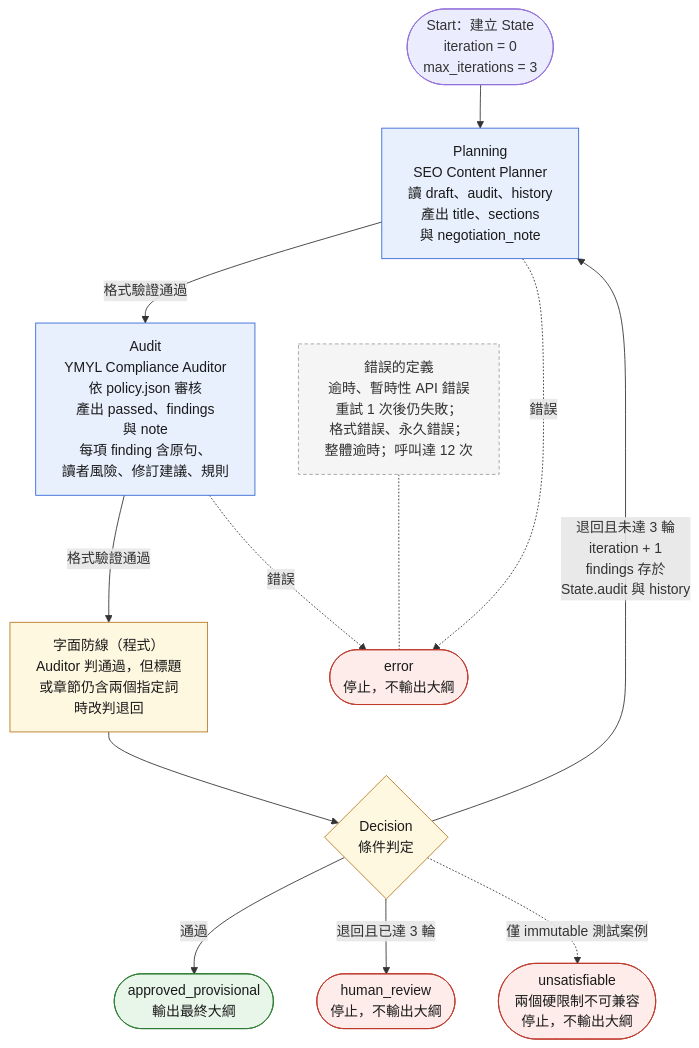
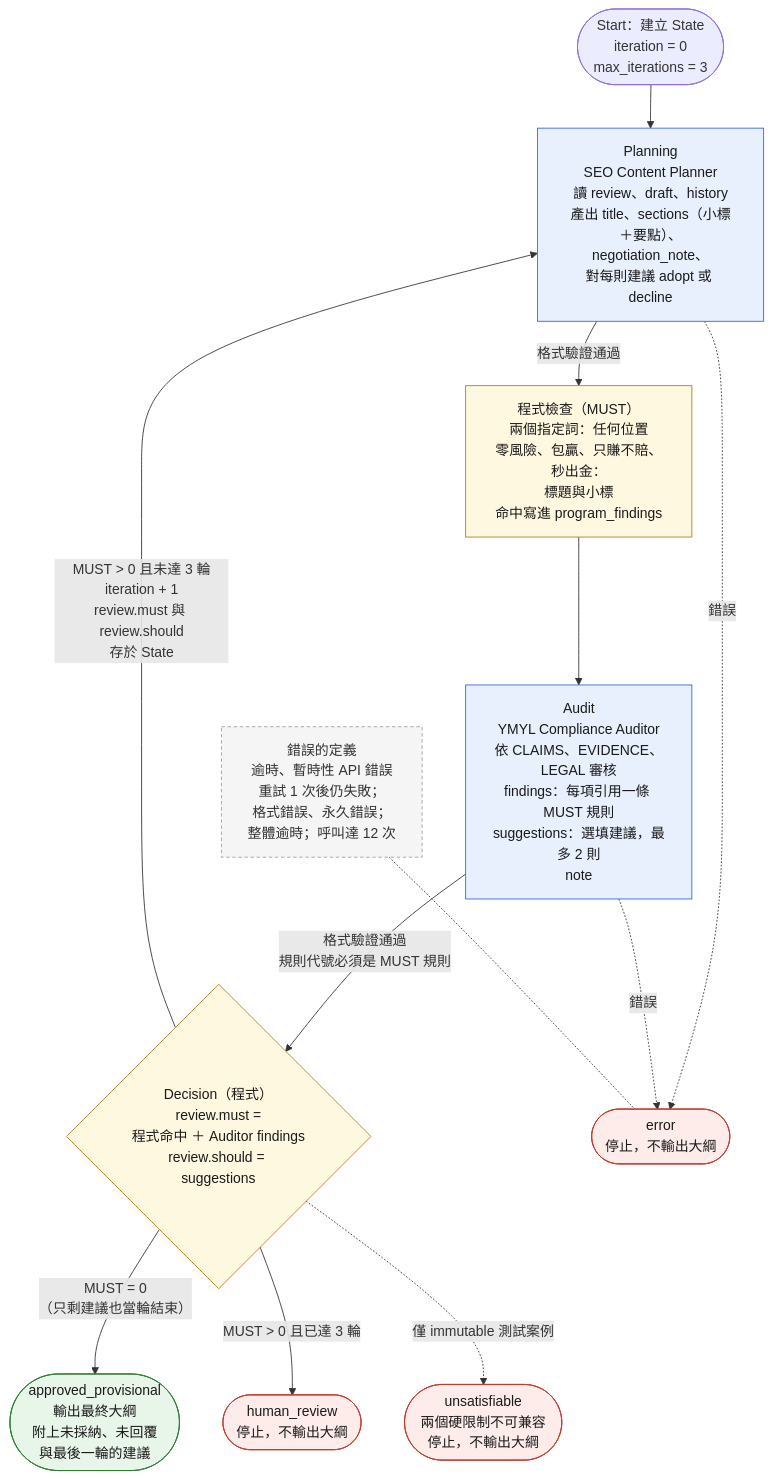
The diagram in task04-multi-agent/report/graph.mmd (pw95148637/seo-ai-engineer-assessment), drawn with Mermaid before and after one commit. The commit also changed 1655 other files, not shown here.

```diff
--- a/task04-multi-agent/report/graph.mmd
+++ b/task04-multi-agent/report/graph.mmd
@@ -1,33 +1,33 @@
 %%{init: {"theme": "default", "themeVariables": {"fontFamily": "'Microsoft JhengHei', 'Noto Sans TC', 'PingFang TC', Arial, sans-serif", "fontSize": "15px"}, "flowchart": {"curve": "basis", "nodeSpacing": 45, "rankSpacing": 55}}}%%
 flowchart TD
  S(["Start：建立 State<br/>iteration = 0<br/>max_iterations = 3"]) --> P
 
- P["Planning<br/>SEO Content Planner<br/>讀 draft、audit、history<br/>產出 title、sections<br/>與 negotiation_note"]
- P -->|"格式驗證通過"| A
+ P["Planning<br/>SEO Content Planner<br/>讀 review、draft、history<br/>產出 title、sections（小標＋要點）、<br/>negotiation_note、<br/>對每則建議 adopt 或 decline"]
+ P -->|"格式驗證通過"| C
 
- A["Audit<br/>YMYL Compliance Auditor<br/>依 policy.json 審核<br/>產出 passed、findings<br/>與 note<br/>每項 finding 含原句、<br/>讀者風險、修訂建議、規則"]
- A -->|"格式驗證通過"| G
+ C["程式檢查（MUST）<br/>兩個指定詞：任何位置<br/>零風險、包贏、只賺不賠、秒出金：<br/>標題與小標<br/>命中寫進 program_findings"]
+ C --> A
 
- G["字面防線（程式）<br/>Auditor 判通過，但標題<br/>或章節仍含兩個指定詞<br/>時改判退回"]
- G --> D
+ A["Audit<br/>YMYL Compliance Auditor<br/>依 CLAIMS、EVIDENCE、LEGAL 審核<br/>findings：每項引用一條 MUST 規則<br/>suggestions：選填建議，最多 2 則<br/>note"]
+ A -->|"格式驗證通過<br/>規則代號必須是 MUST 規則"| D
 
- D{"Decision<br/>條件判定"}
- D -->|"通過"| O(["approved_provisional<br/>輸出最終大綱"])
- D -->|"退回且未達 3 輪<br/>iteration + 1<br/>findings 存於<br/>State.audit 與 history"| P
- D -->|"退回且已達 3 輪"| H(["human_review<br/>停止，不輸出大綱"])
+ D{"Decision（程式）<br/>review.must =<br/>程式命中 ＋ Auditor findings<br/>review.should = suggestions"}
+ D -->|"MUST = 0<br/>（只剩建議也當輪結束）"| O(["approved_provisional<br/>輸出最終大綱<br/>附上未採納、未回覆<br/>與最後一輪的建議"])
+ D -->|"MUST > 0 且未達 3 輪<br/>iteration + 1<br/>review.must 與 review.should<br/>存於 State"| P
+ D -->|"MUST > 0 且已達 3 輪"| H(["human_review<br/>停止，不輸出大綱"])
  D -.->|"僅 immutable 測試案例"| U(["unsatisfiable<br/>兩個硬限制不可兼容<br/>停止，不輸出大綱"])
 
  P -.->|"錯誤"| X(["error<br/>停止，不輸出大綱"])
  A -.->|"錯誤"| X
  E["錯誤的定義<br/>逾時、暫時性 API 錯誤<br/>重試 1 次後仍失敗；<br/>格式錯誤、永久錯誤；<br/>整體逾時；呼叫達 12 次"] -.- X
 
  classDef stop fill:#fdecea,stroke:#c0392b,color:#1a1a1a
  classDef ok fill:#e8f5e9,stroke:#2e7d32,color:#1a1a1a
  classDef role fill:#e8f0fe,stroke:#3367d6,color:#1a1a1a
  classDef code fill:#fff8e1,stroke:#b7791f,color:#1a1a1a
  classDef note fill:#f5f5f5,stroke:#9e9e9e,color:#333333,stroke-dasharray: 4 3
  class O ok
  class H,U,X stop
  class P,A role
- class G,D code
+ class C,D code
  class E note
```
